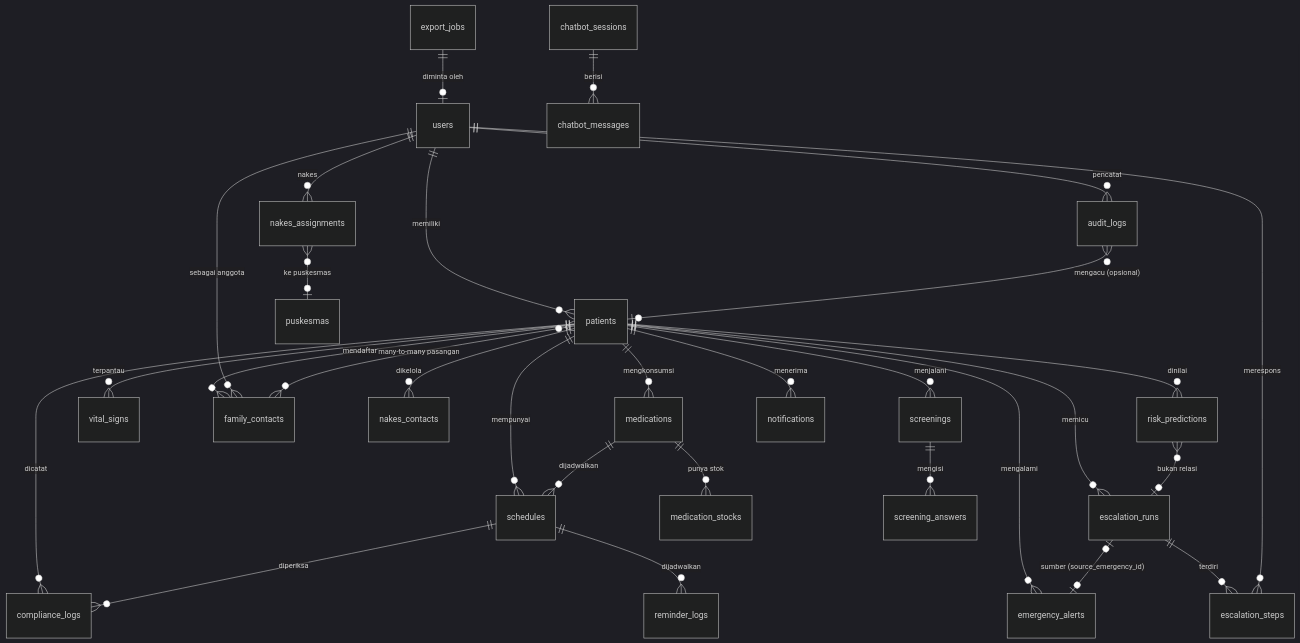
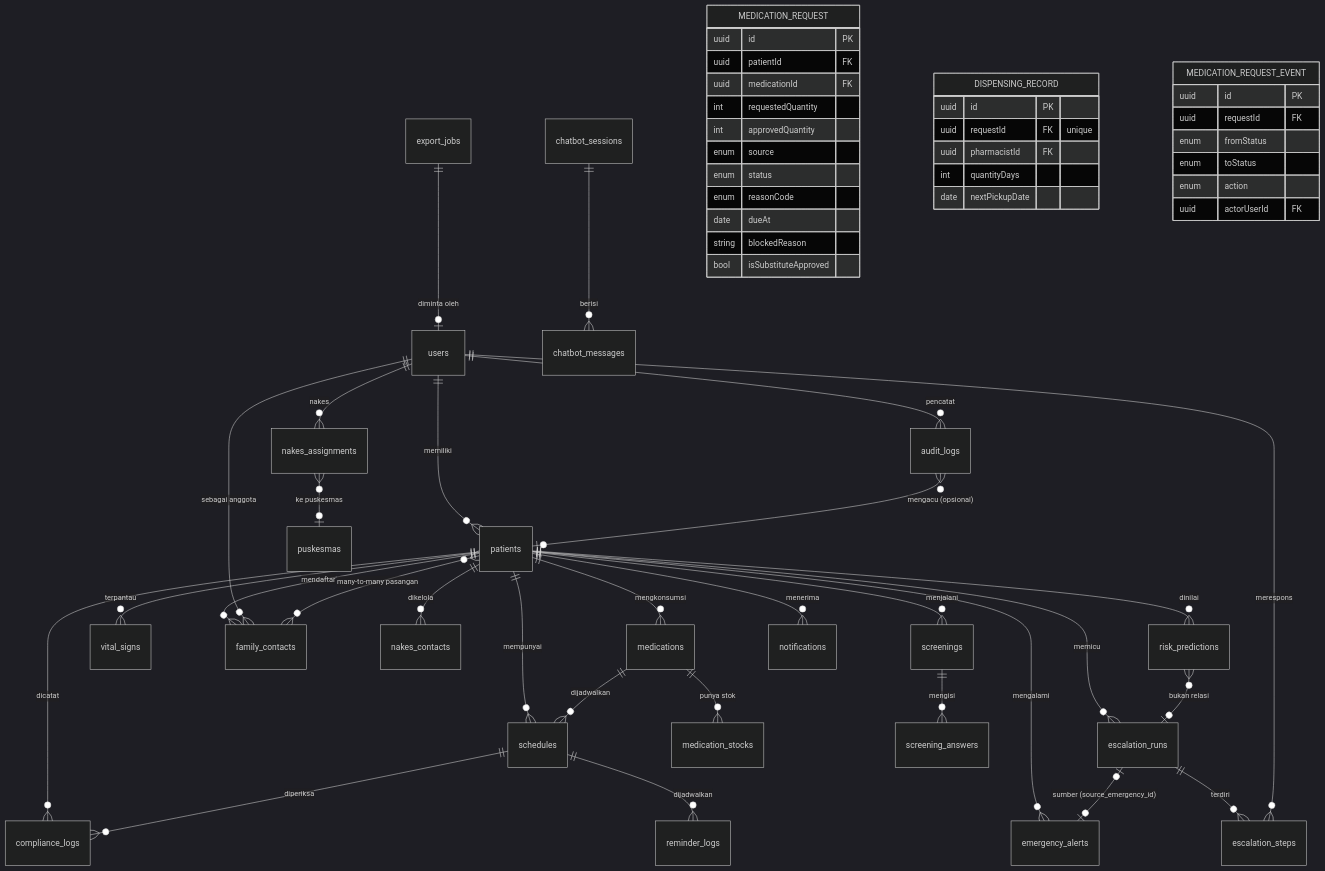
The diagram in docs/DATABASE.md (Radhitndrm/CareLoop), drawn with Mermaid (dark theme) before and after one commit. The commit also changed other lines of this file and 170 other files, not shown here.

First line of the commit message:
feat(operational): rebuild puskesmas onboarding flow end-to-end

````diff
--- a/docs/DATABASE.md
+++ b/docs/DATABASE.md
@@ -18,39 +18,68 @@
 ```mermaid
 erDiagram
     users ||--o{ patients : "memiliki"
     users ||--o{ nakes_assignments : "nakes"
     users ||--o{ audit_logs : "pencatat"
 
     patients ||--o{ medications : "mengkonsumsi"
     patients ||--o{ schedules : "mempunyai"
     patients ||--o{ compliance_logs : "dicatat"
     patients ||--o{ vital_signs : "terpantau"
     patients ||--o{ emergency_alerts : "mengalami"
     patients ||--o{ family_contacts : "mendaftar"
     patients ||--o{ nakes_contacts : "dikelola"
     patients ||--o{ escalation_runs : "memicu"
     patients ||--o{ screenings : "menjalani"
     patients ||--o{ risk_predictions : "dinilai"
     patients ||--o{ notifications : "menerima"
 
     users ||--o{ family_contacts : "sebagai anggota"
     family_contacts }o--o{ patients : "many-to-many pasangan"
 
     schedules ||--o{ compliance_logs : "diperiksa"
     schedules ||--o{ reminder_logs : "dijadwalkan"
     medications ||--o{ schedules : "dijadwalkan"
     medications ||--o{ medication_stocks : "punya stok"
 
     escalation_runs ||--o{ escalation_steps : "terdiri"
     escalation_runs |o--o| emergency_alerts : "sumber (source_emergency_id)"
 
     users ||--o{ escalation_steps : "merespons"
     nakes_assignments }o--o| puskesmas : "ke puskesmas"
 
     screenings ||--o{ screening_answers : "mengisi"
 
     audit_logs }o--o| patients : "mengacu (opsional)"
     export_jobs ||--o| users : "diminta oleh"
     risk_predictions }o--o| escalation_runs : "bukan relasi"
     chatbot_sessions ||--o{ chatbot_messages : "berisi"
+
+    MEDICATION_REQUEST {
+        uuid id PK
+        uuid patientId FK
+        uuid medicationId FK
+        int requestedQuantity
+        int approvedQuantity
+        enum source
+        enum status
+        enum reasonCode
+        date dueAt
+        string blockedReason
+        bool isSubstituteApproved
+    }
+    DISPENSING_RECORD {
+        uuid id PK
+        uuid requestId FK "unique"
+        uuid pharmacistId FK
+        int quantityDays
+        date nextPickupDate
+    }
+    MEDICATION_REQUEST_EVENT {
+        uuid id PK
+        uuid requestId FK
+        enum fromStatus
+        enum toStatus
+        enum action
+        uuid actorUserId FK
+    }
 ```
````
